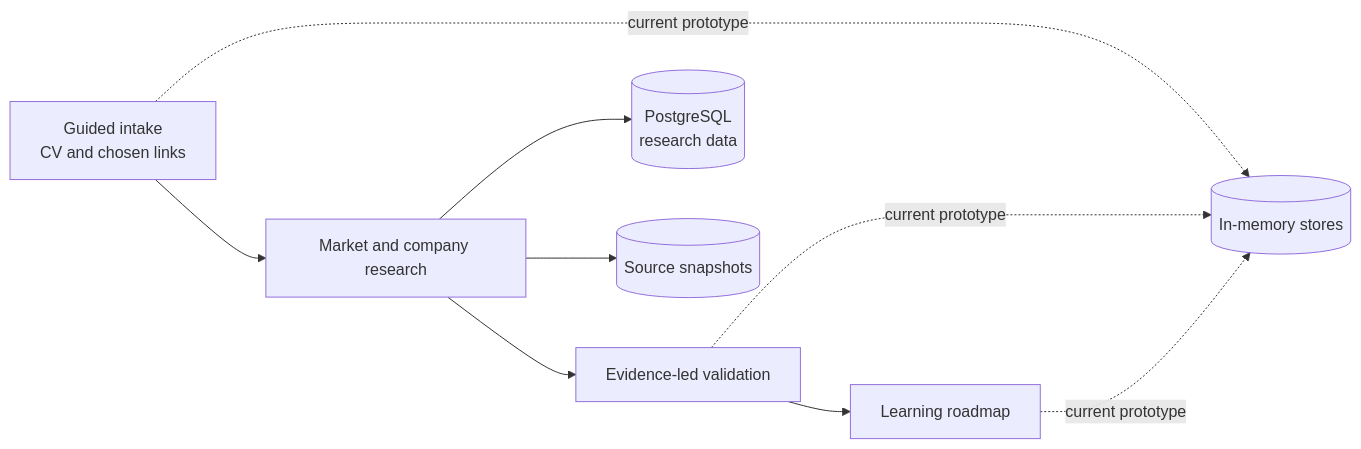
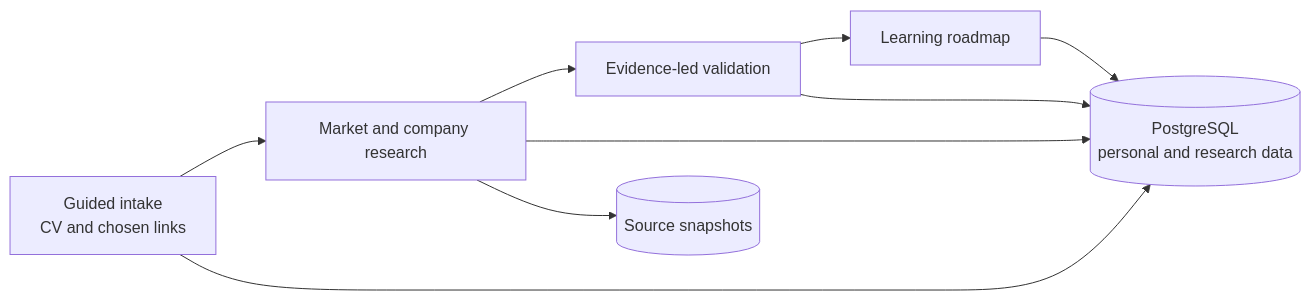
Before and after one commit to cufelix/Waymark: the diagram in README.md, drawn with Mermaid. The commit also changed other lines of this file and 26 other files, not shown here.

Commit message:
feat: persist personal data and enforce retention

````diff
--- a/README.md
+++ b/README.md
@@ -27,11 +27,11 @@
 ```mermaid
 flowchart LR
   A[Guided intake<br/>CV and chosen links] --> B[Market and company research]
   B --> C[Evidence-led validation]
   C --> D[Learning roadmap]
-  B --> E[(PostgreSQL<br/>research data)]
+  B --> E[(PostgreSQL<br/>personal and research data)]
   B --> F[(Source snapshots)]
-  A -. current prototype .-> G[(In-memory stores)]
-  C -. current prototype .-> G
-  D -. current prototype .-> G
+  A --> E
+  C --> E
+  D --> E
 ```
````
